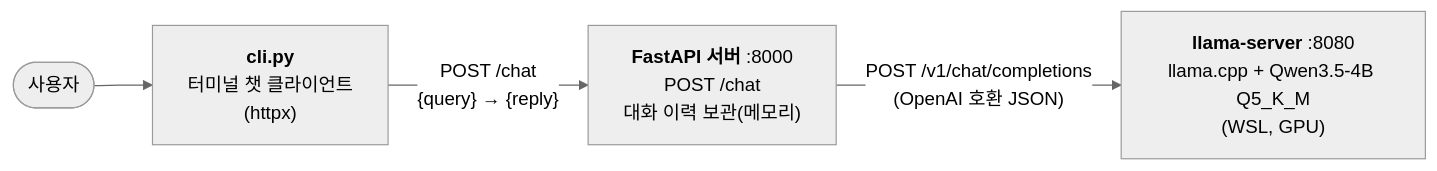
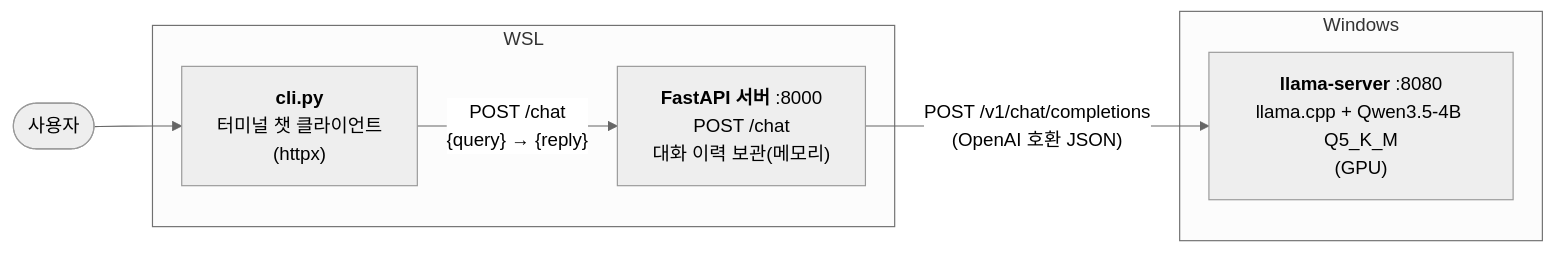
Before and after one commit to RyanKim0830/Tinker: the second of 4 diagrams in docs/architecture.md, drawn with Mermaid (neutral theme). The commit also changed other lines of this file and 9 other files, not shown here.

Commit message:
feat: add option that run llama-server in native window - add powershell script

````diff
--- a/docs/architecture.md
+++ b/docs/architecture.md
@@ -24,10 +24,16 @@
 ```mermaid
 flowchart LR
     user(["사용자"])
     cli["<b>cli.py</b><br/>터미널 챗 클라이언트<br/>(httpx)"]
     api["<b>FastAPI 서버</b> :8000<br/>POST /chat<br/>대화 이력 보관(메모리)"]
-    llama["<b>llama-server</b> :8080<br/>llama.cpp + Qwen3.5-4B Q5_K_M<br/>(WSL, GPU)"]
+    subgraph wsl["WSL"]
+        cli
+        api
+    end
+    subgraph win["Windows"]
+        llama["<b>llama-server</b> :8080<br/>llama.cpp + Qwen3.5-4B Q5_K_M<br/>(GPU)"]
+    end
     user --> cli
     cli -- "POST /chat<br/>{query} → {reply}" --> api
     api -- "POST /v1/chat/completions<br/>(OpenAI 호환 JSON)" --> llama
 ```
````
